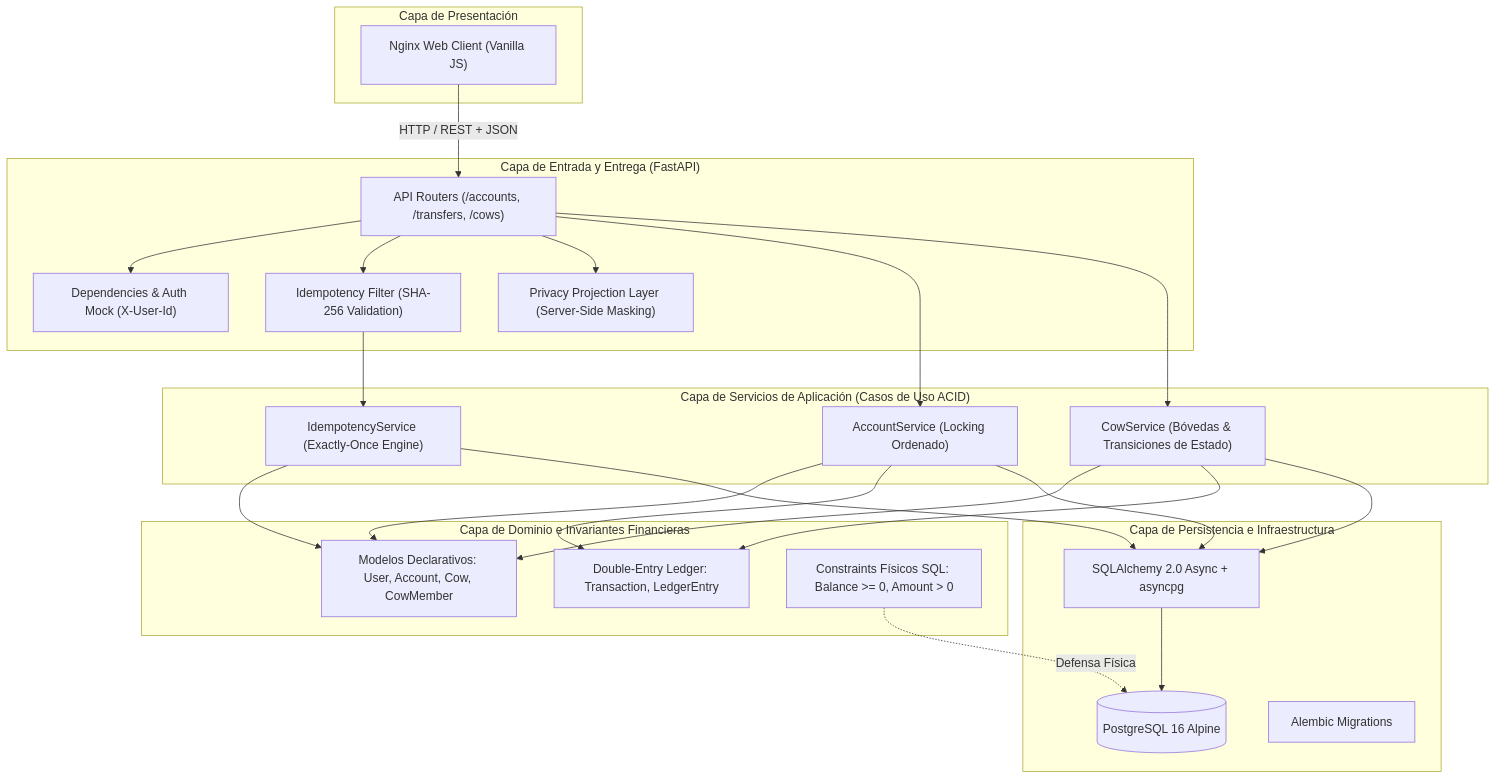
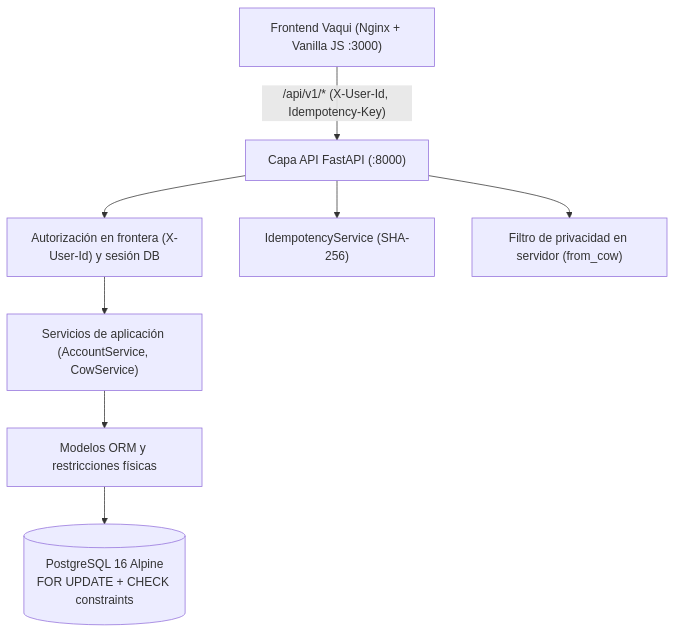
Before and after one commit to Davilapai/HabiReto: the diagram in docs/ARCHITECTURE.md, drawn with Mermaid. The commit also changed other lines of this file and 7 other files, not shown here.

````diff
--- a/docs/ARCHITECTURE.md
+++ b/docs/ARCHITECTURE.md
@@ -27,49 +19,10 @@
 ```mermaid
 flowchart TD
-    subgraph UI["Capa de Presentación"]
-        Web["Nginx Web Client (Vanilla JS)"]
-    end
-
-    subgraph API["Capa de Entrada y Entrega (FastAPI)"]
-        Router["API Routers (/accounts, /transfers, /cows)"]
-        Deps["Dependencies & Auth Mock (X-User-Id)"]
-        IdempMW["Idempotency Filter (SHA-256 Validation)"]
-        PrivacyProj["Privacy Projection Layer (Server-Side Masking)"]
-    end
-
-    subgraph Core["Capa de Servicios de Aplicación (Casos de Uso ACID)"]
-        AccountSvc["AccountService (Locking Ordenado)"]
-        CowSvc["CowService (Bóvedas & Transiciones de Estado)"]
-        IdempSvc["IdempotencyService (Exactly-Once Engine)"]
-    end
-
-    subgraph Domain["Capa de Dominio e Invariantes Financieras"]
-        Entities["Modelos Declarativos: User, Account, Cow, CowMember"]
-        Ledger["Double-Entry Ledger: Transaction, LedgerEntry"]
-        Constraints["Constraints Físicos SQL: Balance >= 0, Amount > 0"]
-    end
-
-    subgraph Persistence["Capa de Persistencia e Infraestructura"]
-        PG[("PostgreSQL 16 Alpine")]
-        AsyncEngine["SQLAlchemy 2.0 Async + asyncpg"]
-        Alembic["Alembic Migrations"]
-    end
-
-    Web -->|HTTP / REST + JSON| Router
-    Router --> Deps
-    Router --> IdempMW
-    Router --> PrivacyProj
-    Router --> AccountSvc
-    Router --> CowSvc
-    AccountSvc --> Entities
-    AccountSvc --> Ledger
-    CowSvc --> Entities
-    CowSvc --> Ledger
-    IdempMW --> IdempSvc
-    IdempSvc --> Entities
-    AccountSvc --> AsyncEngine
-    CowSvc --> AsyncEngine
-    IdempSvc --> AsyncEngine
-    AsyncEngine --> PG
-    Constraints -.->|Defensa Física| PG
+    Web["Frontend Vaqui (Nginx + Vanilla JS :3000)"] -->|"/api/v1/* (X-User-Id, Idempotency-Key)"| API["Capa API FastAPI (:8000)"]
+    API --> Deps["Autorización en frontera (X-User-Id) y sesión DB"]
+    API --> Idemp["IdempotencyService (SHA-256)"]
+    API --> Privacy["Filtro de privacidad en servidor (from_cow)"]
+    Deps --> Services["Servicios de aplicación (AccountService, CowService)"]
+    Services --> Models["Modelos ORM y restricciones físicas"]
+    Models --> PG[("PostgreSQL 16 Alpine<br/>FOR UPDATE + CHECK constraints")]
 ```
````
